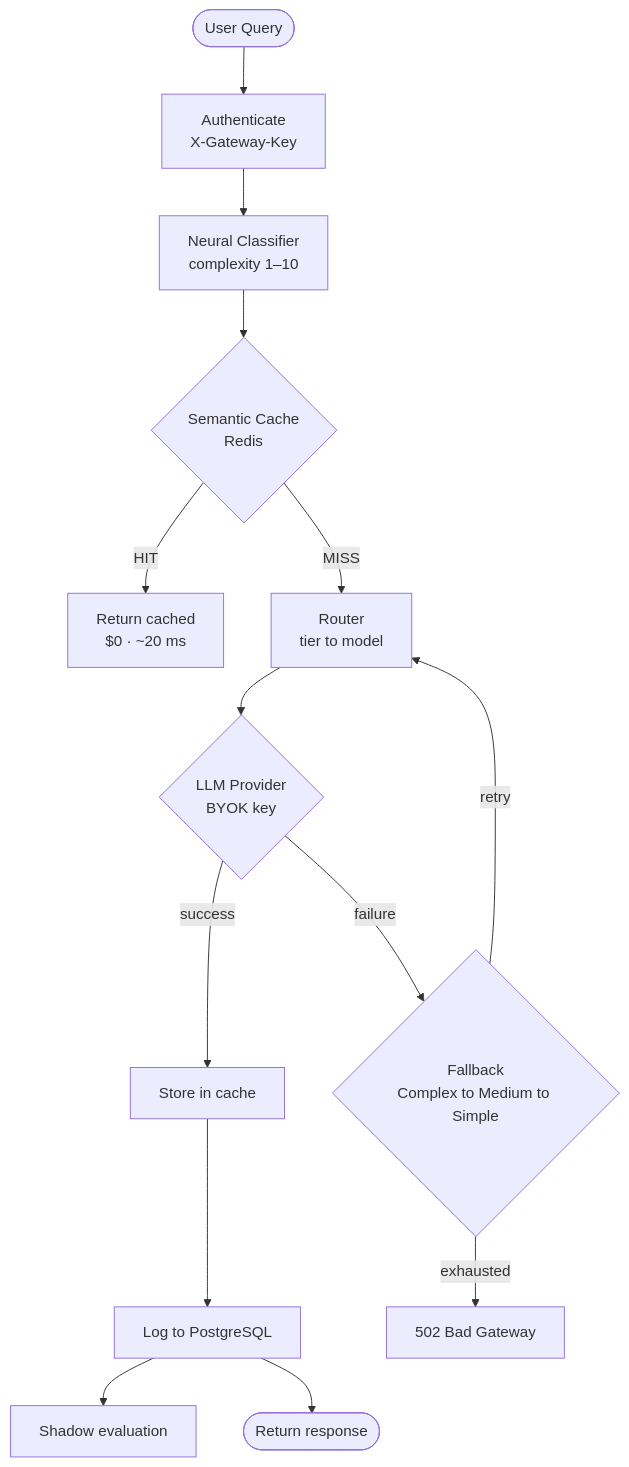
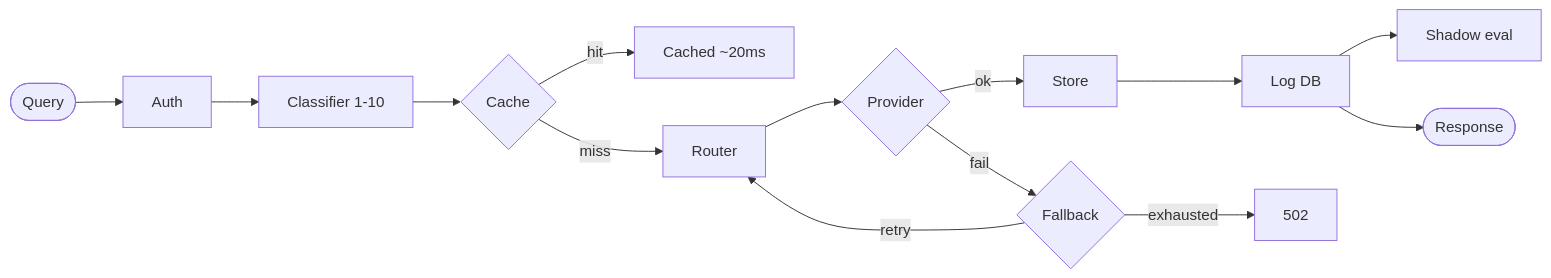
Before and after one commit to Akhilesh0605/LLM_GATEWAY: the diagram in Readme.md, drawn with Mermaid.

Commit message:
docs: simplify request-flow diagram

````diff
--- a/Readme.md
+++ b/Readme.md
@@ -39,16 +39,12 @@
 ```mermaid
-flowchart TD
-    Q([User Query]) --> AUTH[Authenticate<br/>X-Gateway-Key]
-    AUTH --> CLS[Neural Classifier<br/>complexity 1–10]
-    CLS --> CACHE{Semantic Cache<br/>Redis}
-    CACHE -- HIT --> HIT[Return cached<br/>$0 · ~20 ms]
-    CACHE -- MISS --> ROUTE[Router<br/>tier to model]
-    ROUTE --> PROVIDER{LLM Provider<br/>BYOK key}
-    PROVIDER -- success --> STORE[Store in cache]
-    STORE --> LOG[Log to PostgreSQL]
-    LOG --> EVAL[Shadow evaluation]
-    LOG --> RESP([Return response])
-    PROVIDER -- failure --> FB{Fallback<br/>Complex to Medium to Simple}
-    FB -- retry --> ROUTE
-    FB -- exhausted --> ERR[502 Bad Gateway]
+flowchart LR
+    Q([Query]) --> A[Auth] --> C[Classifier 1-10] --> K{Cache}
+    K -- hit --> H[Cached ~20ms]
+    K -- miss --> R[Router] --> P{Provider}
+    P -- ok --> S[Store] --> L[Log DB]
+    L --> E[Shadow eval]
+    L --> O([Response])
+    P -- fail --> F{Fallback}
+    F -- retry --> R
+    F -- exhausted --> X[502]
 ```
````
